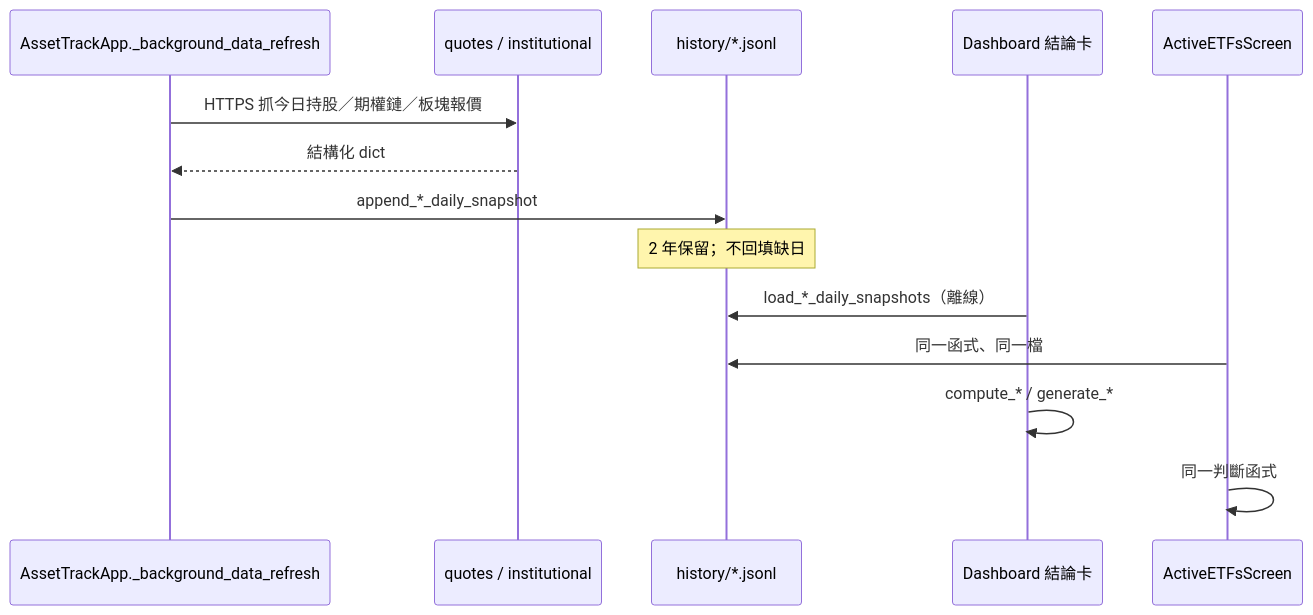
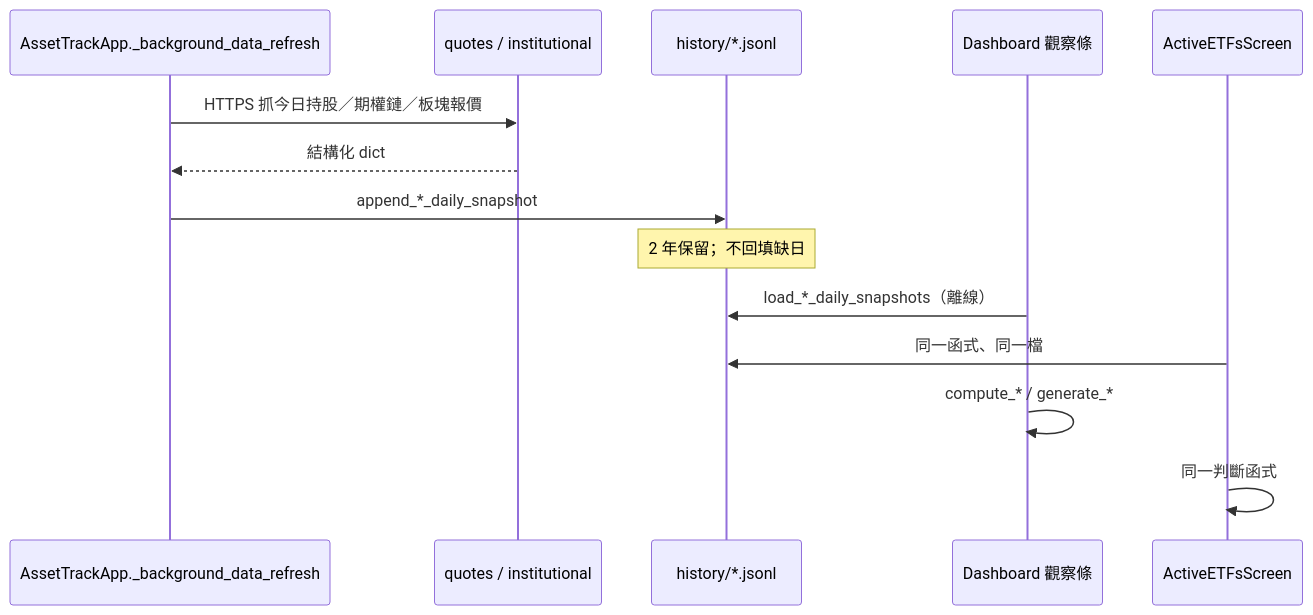
Before and after one commit to ray60110/AssetTrack: the fifth of 8 diagrams in blockDiagram.md, drawn with Mermaid. The commit also changed other lines of this file and 11 other files, not shown here.

````diff
--- a/blockDiagram.md
+++ b/blockDiagram.md
@@ -333,17 +333,17 @@
 ```mermaid
 sequenceDiagram
     participant BG as AssetTrackApp._background_data_refresh
     participant Q as quotes / institutional
     participant FS as history/*.jsonl
-    participant Dash as Dashboard 結論卡
+    participant Dash as Dashboard 觀察條
     participant ETF as ActiveETFsScreen
 
     BG->>Q: HTTPS 抓今日持股／期權鏈／板塊報價
     Q-->>BG: 結構化 dict
     BG->>FS: append_*_daily_snapshot
     Note over FS: 2 年保留；不回填缺日
     Dash->>FS: load_*_daily_snapshots（離線）
     ETF->>FS: 同一函式、同一檔
     Dash->>Dash: compute_* / generate_*
     ETF->>ETF: 同一判斷函式
 ```
````
